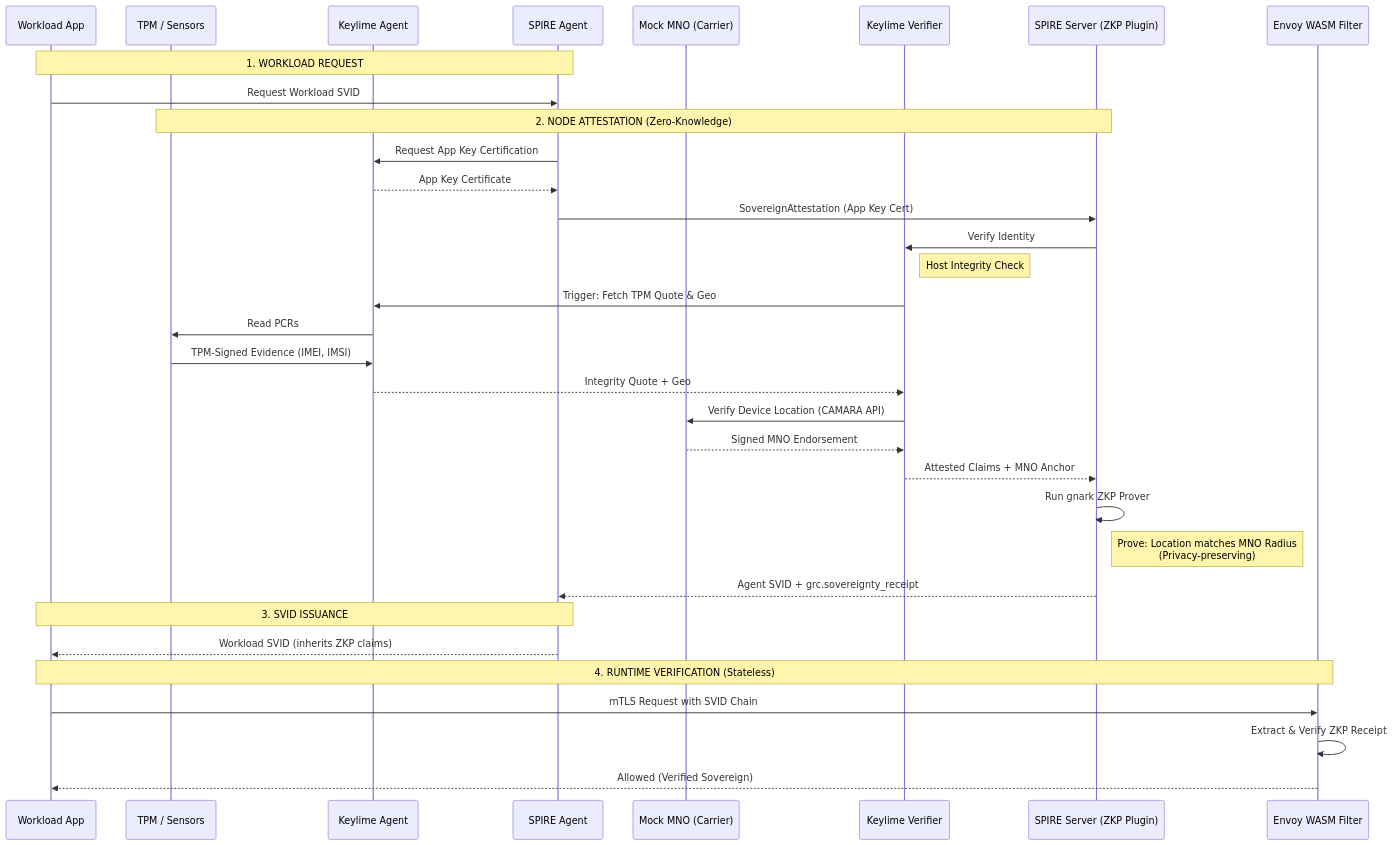
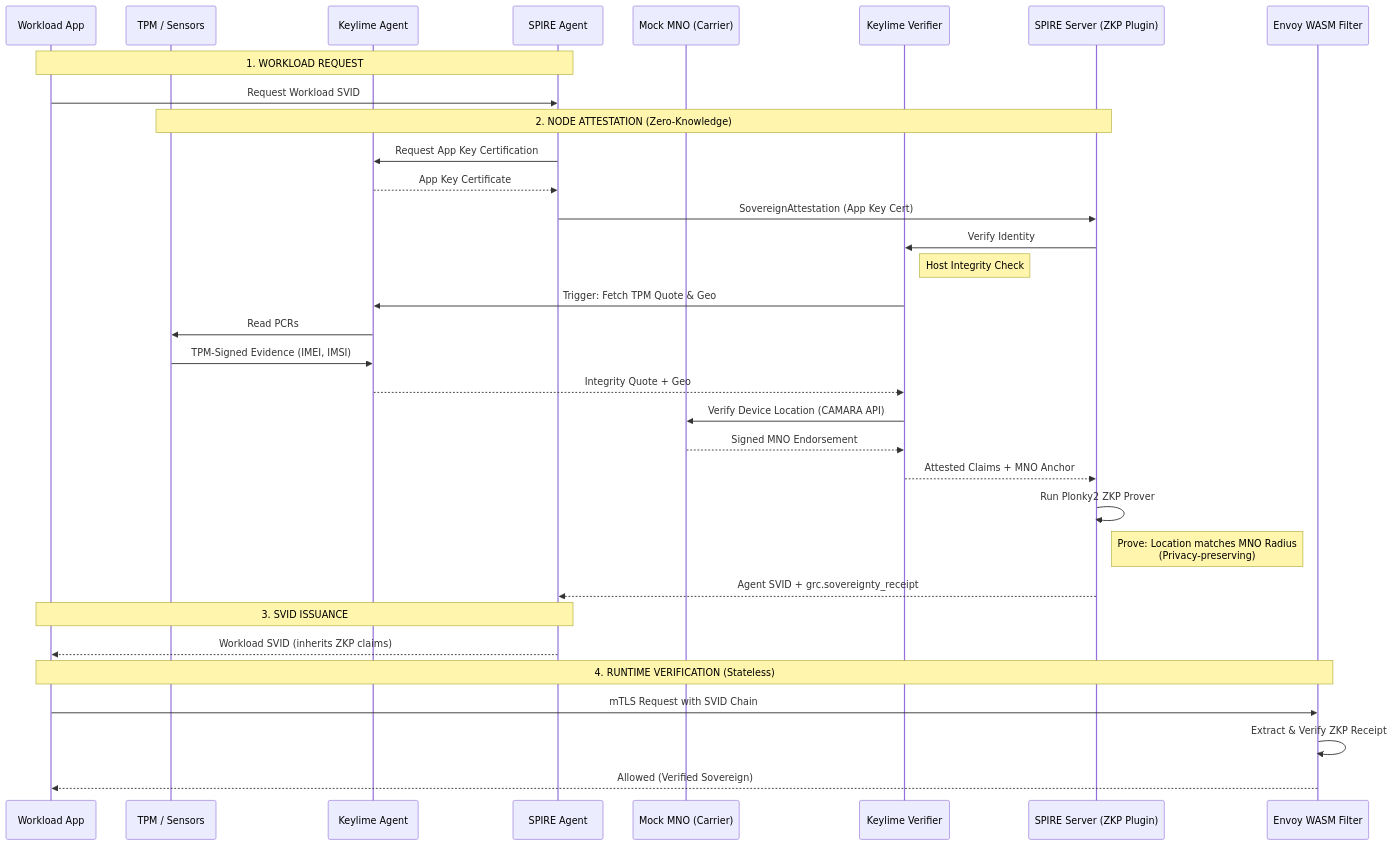
The first of 3 diagrams in hybrid-cloud-poc/README-arch-sovereign-unified-identity.md (lfedgeai/AegisSovereignAI), drawn with Mermaid before and after one commit. The commit also changed other lines of this file and 35 other files, not shown here.

First line of the commit message:
feat(zkp): migrate geofence prover to Plonky2 (Gen 4 Privacy-Preserving)

````diff
--- a/hybrid-cloud-poc/README-arch-sovereign-unified-identity.md
+++ b/hybrid-cloud-poc/README-arch-sovereign-unified-identity.md
@@ -1768,43 +1791,43 @@
 ```mermaid
 sequenceDiagram
     participant Workload as Workload App
     participant Hardware as TPM / Sensors
     participant KAgent as Keylime Agent
     participant Agent as SPIRE Agent
     participant MNO as Mock MNO (Carrier)
     participant Verifier as Keylime Verifier
     participant Server as SPIRE Server (ZKP Plugin)
     participant Envoy as Envoy WASM Filter
 
     Note over Workload, Agent: 1. WORKLOAD REQUEST
     Workload->>Agent: Request Workload SVID
     
     Note over Hardware, Server: 2. NODE ATTESTATION (Zero-Knowledge)
     Agent->>KAgent: Request App Key Certification
     KAgent-->>Agent: App Key Certificate
     Agent->>Server: SovereignAttestation (App Key Cert)
     Server->>Verifier: Verify Identity
     
     Note right of Verifier: Host Integrity Check
     Verifier->>KAgent: Trigger: Fetch TPM Quote & Geo
     KAgent->>Hardware: Read PCRs
     Hardware->>KAgent: TPM-Signed Evidence (IMEI, IMSI)
     KAgent-->>Verifier: Integrity Quote + Geo
     
     Verifier->>MNO: Verify Device Location (CAMARA API)
     MNO-->>Verifier: Signed MNO Endorsement
     Verifier-->>Server: Attested Claims + MNO Anchor
     
-    Server->>Server: Run gnark ZKP Prover
+    Server->>Server: Run Plonky2 ZKP Prover
     Note right of Server: Prove: Location matches MNO Radius<br/>(Privacy-preserving)
     
     Server-->>Agent: Agent SVID + grc.sovereignty_receipt
     
     Note over Workload, Agent: 3. SVID ISSUANCE
     Agent-->>Workload: Workload SVID (inherits ZKP claims)
     
     Note over Workload, Envoy: 4. RUNTIME VERIFICATION (Stateless)
     Workload->>Envoy: mTLS Request with SVID Chain
     Envoy->>Envoy: Extract & Verify ZKP Receipt
     Envoy-->>Workload: Allowed (Verified Sovereign)
 ```
````
